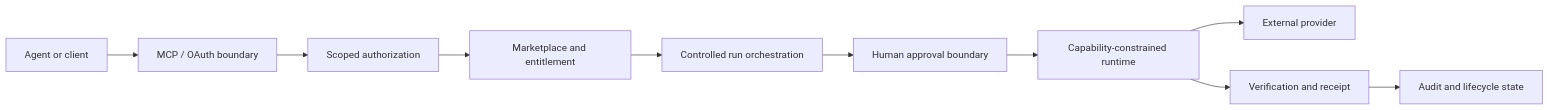
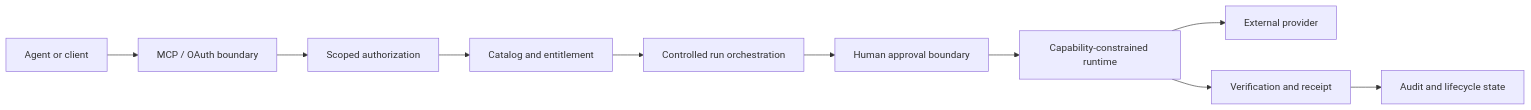
One commit to Andy11-cpu/agent-authorization-case-study changed the first of 2 diagrams in README.md. Above: the diagram before and after it, drawn with Mermaid. The commit also changed other lines of this file, not shown here.

````diff
--- a/README.md
+++ b/README.md
@@ -31,12 +33,12 @@
 ```mermaid
 flowchart LR
     A[Agent or client] --> B[MCP / OAuth boundary]
     B --> C[Scoped authorization]
-    C --> D[Marketplace and entitlement]
+    C --> D[Catalog and entitlement]
     D --> E[Controlled run orchestration]
     E --> F[Human approval boundary]
     F --> G[Capability-constrained runtime]
     G --> H[External provider]
     G --> I[Verification and receipt]
     I --> J[Audit and lifecycle state]
 ```
````
